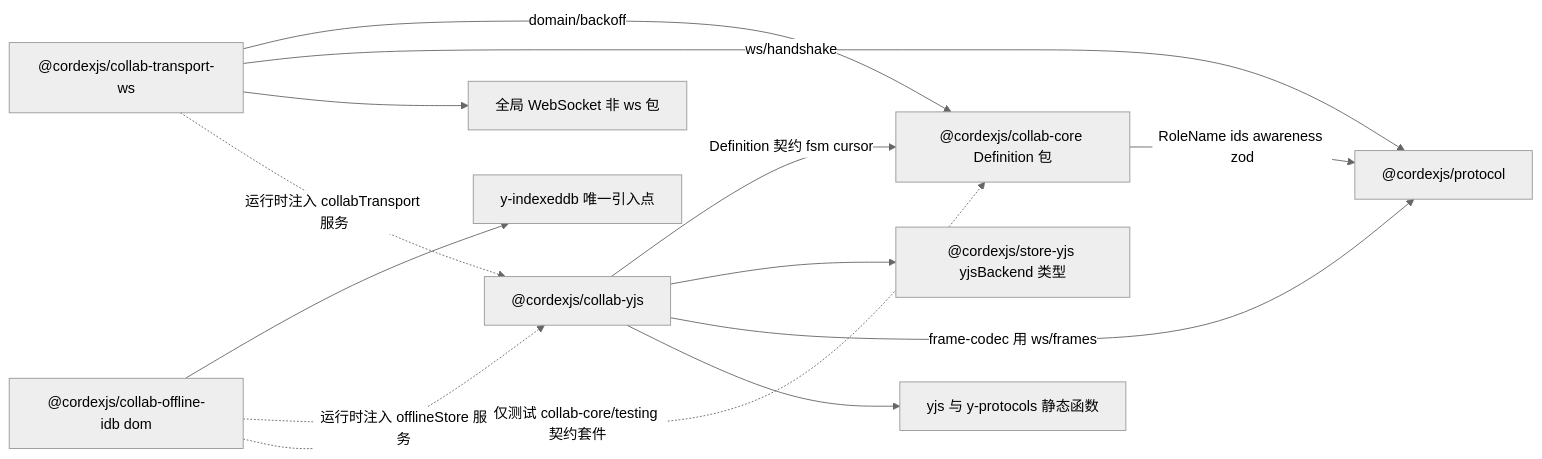
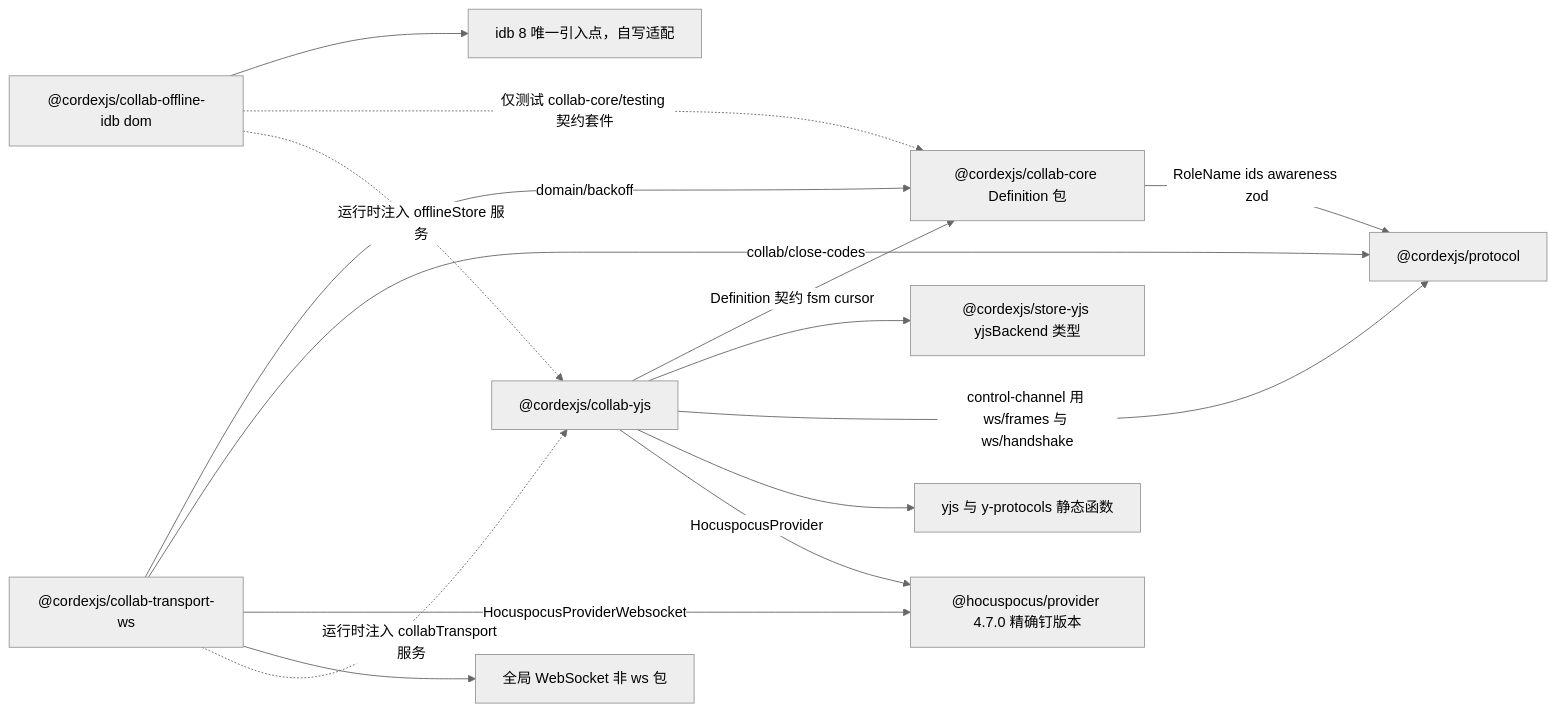
One commit to Xeonice/cordis-ppt-editor changed the third of 6 diagrams in docs/40-modules/05-collaboration-client.md. Above: the diagram before and after it, drawn with Mermaid (neutral theme). The commit also changed other lines of this file and 78 other files, not shown here.

````diff
--- a/docs/40-modules/05-collaboration-client.md
+++ b/docs/40-modules/05-collaboration-client.md
@@ -337,24 +340,27 @@
 ```mermaid
 flowchart LR
 core["@cordexjs/collab-core Definition 包"]
 yjsPkg["@cordexjs/collab-yjs"]
 ws["@cordexjs/collab-transport-ws"]
 idb["@cordexjs/collab-offline-idb dom"]
 protocol["@cordexjs/protocol"]
 storeYjs["@cordexjs/store-yjs yjsBackend 类型"]
 yjs["yjs 与 y-protocols 静态函数"]
-yidb["y-indexeddb 唯一引入点"]
+idbLib["idb 8 唯一引入点，自写适配"]
 wsGlobal["全局 WebSocket 非 ws 包"]
+hpProv["@hocuspocus/provider 4.7.0 精确钉版本"]
 core -- "RoleName ids awareness zod" --> protocol
 yjsPkg -- "Definition 契约 fsm cursor" --> core
 yjsPkg --> storeYjs
-yjsPkg -- "frame-codec 用 ws/frames" --> protocol
+yjsPkg -- "control-channel 用 ws/frames 与 ws/handshake" --> protocol
 yjsPkg --> yjs
+yjsPkg -- "HocuspocusProvider" --> hpProv
 ws -- "domain/backoff" --> core
-ws -- "ws/handshake" --> protocol
+ws -- "collab/close-codes" --> protocol
+ws -- "HocuspocusProviderWebsocket" --> hpProv
 ws --> wsGlobal
-idb --> yidb
+idb --> idbLib
 idb -. "仅测试 collab-core/testing 契约套件" .-> core
 ws -. "运行时注入 collabTransport 服务" .-> yjsPkg
 idb -. "运行时注入 offlineStore 服务" .-> yjsPkg
 ```
````
